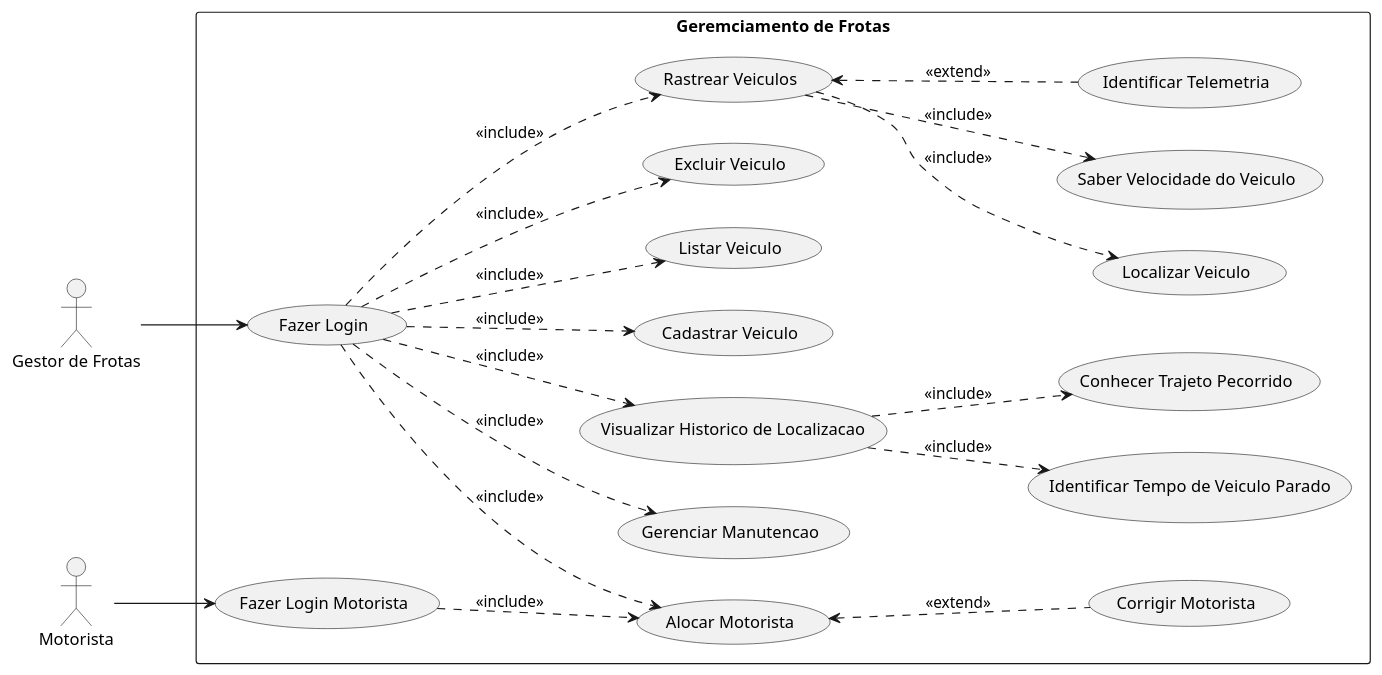
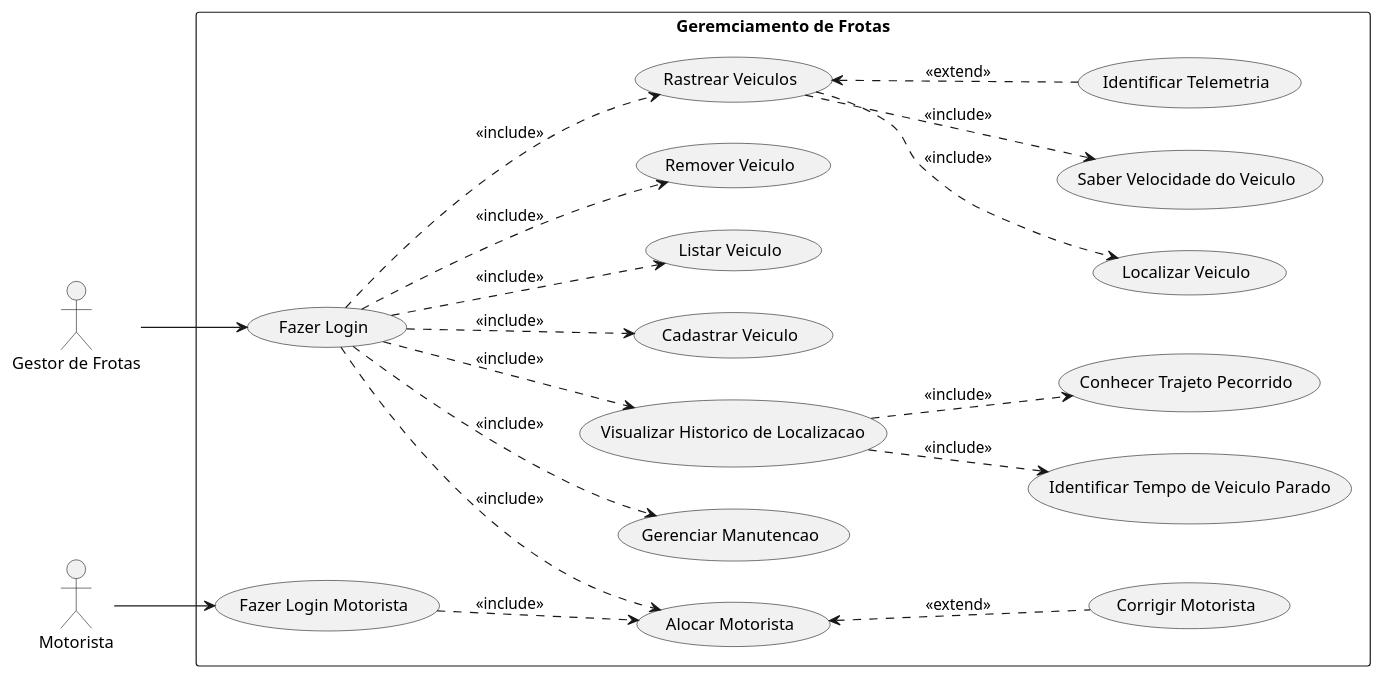
Before and after one commit to Pollyanadias/Sistema-de-Gerenciamento-de-Frotas: the diagram in Gerenciamento de Frotas/Diagrama.iuml, drawn with PlantUML.

```diff
--- a/Gerenciamento de Frotas/Diagrama.iuml
+++ b/Gerenciamento de Frotas/Diagrama.iuml
@@ -1,47 +1,47 @@
 @startuml Diagrama
 
 left to right direction
 
 :Gestor de Frotas: as gestor_de_frotas
 :Motorista: as motorista
 
 rectangle "Geremciamento de Frotas"{
     (Fazer Login) as fazer_login
     (Rastrear Veiculos) as rastrear_veiculos
     (Gerenciar Manutencao) as gerenciar_manutencao
     (Visualizar Historico de Localizacao) as visualizar_historico_de_localizacao
     (Localizar Veiculo) as localizar_veiculo
     (Saber Velocidade do Veiculo) as saber_velocidade_veiculo
     (Identificar Telemetria) as identificar_telemetria
     (Identificar Tempo de Veiculo Parado) as identificar_tempo_de_veiculo_parado
     (Conhecer Trajeto Pecorrido) as conhecer_trajeto_pecorrido
     (Cadastrar Veiculo) as cadastrar_veiculo
     (Listar Veiculo) as listar_veiculo
-    (Excluir Veiculo) as excluir_veiculo
+    (Remover Veiculo) as remover_veiculo
 
     (Fazer Login Motorista) as fazer_login_motorista
     (Alocar Motorista) as alocar_motorista
     (Corrigir Motorista) as corrigir_motorista
 } 
 
 gestor_de_frotas --> fazer_login
 
 fazer_login ..> rastrear_veiculos: <<include>>
 fazer_login ..> gerenciar_manutencao: <<include>>
 fazer_login ..> visualizar_historico_de_localizacao: <<include>>
 fazer_login ..> alocar_motorista: <<include>>
 fazer_login ..> cadastrar_veiculo: <<include>>
 fazer_login ..> listar_veiculo: <<include>>
-fazer_login ..> excluir_veiculo: <<include>>
+fazer_login ..> remover_veiculo: <<include>>
 visualizar_historico_de_localizacao ..> identificar_tempo_de_veiculo_parado: <<include>>
 visualizar_historico_de_localizacao ..> conhecer_trajeto_pecorrido: <<include>>
 rastrear_veiculos ..> localizar_veiculo: <<include>>
 rastrear_veiculos ..> saber_velocidade_veiculo: <<include>>
 rastrear_veiculos <.. identificar_telemetria: <<extend>>
 
 
 motorista --> fazer_login_motorista
 fazer_login_motorista ..> alocar_motorista: <<include>>
 alocar_motorista <.. corrigir_motorista: <<extend>>
 
 @enduml
```
